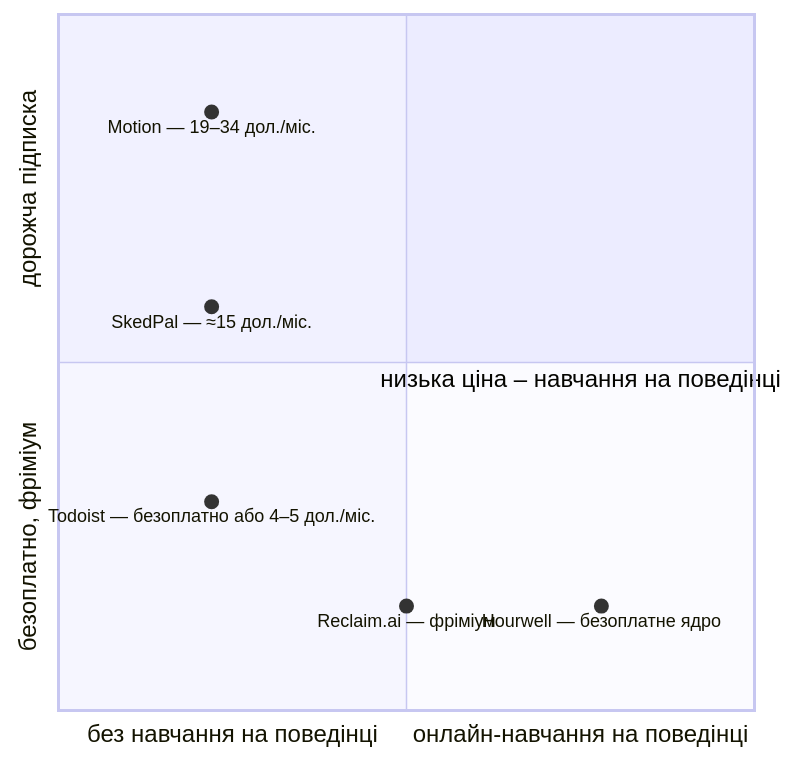
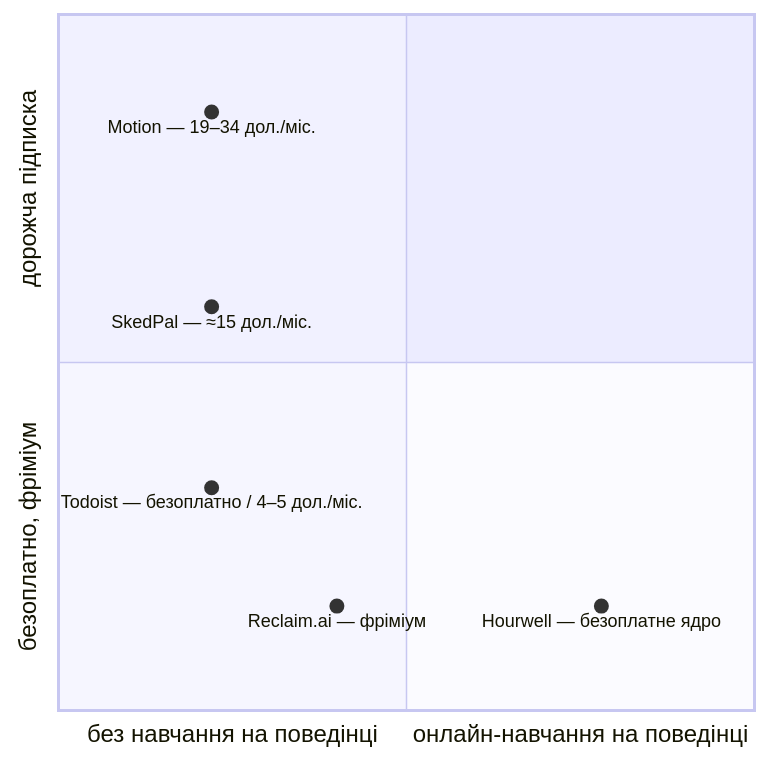
The diagram in docs/thesis/text/diagrams/1-1-positioning.mmd (IKala4I/magister_work), drawn with Mermaid before and after one commit.

Commit message:
fix(thesis): Рисунок 1.1 — Reclaim.ai off the quadrant line, prices verbatim, no quadrant label
The adversarial pass: Reclaim.ai sat on the divider, half inside the lower-right quadrant the text
calls unoccupied, while the text says of it «в основі лежить механізм правил … а не … навчання
уподобань» — it moves into the left half. Todoist's price is the table's «безоплатно / 4–5 дол./міс.»
(it read «або»), and it shares the x position of Motion and SkedPal as the source says. The quadrant
label went: the text's phrase has four attributes, the figure shows two axes. 10.0 pt.

Phase: post-P12

```diff
--- a/docs/thesis/text/diagrams/1-1-positioning.mmd
+++ b/docs/thesis/text/diagrams/1-1-positioning.mmd
@@ -1,19 +1,21 @@
 %% Рисунок 1.1 — Позиціювання Hourwell відносно наявних рішень у координатах
 %% «навчання на поведінці – вартість володіння».
 %% Джерело — лише таблиця 1.1: положення порядкові, не виміряні. Горизонталь — рядки «Навчання
 %% профілю енергії», «Навчання на пропусках і перенесеннях»: Motion, SkedPal, Todoist — «ні»
 %% (однакове положення), Reclaim.ai — «частково (лише перепланування)», Hourwell — «так».
+%% Reclaim.ai — у лівій половині: часткова реакція на перенесення — не навчання на поведінці
+%% (у тексті: «в основі лежить механізм правил»), тож на межу квадрантів її не поставлено.
+%% Підпису квадранта немає: фраза тексту має чотири ознаки, а рисунок показує лише дві осі.
 %% Вертикаль — рядок «Ціна для індивідуального користувача»; ціни в підписах точок — дослівно з
 %% таблиці. Sunsama, названа в плейсхолдері, в таблиці 1.1 не має ні ціни, ні оцінки навчання,
 %% тож її точка була б новим, не обґрунтованим у тексті твердженням — її немає.
 %% Три рішення з безоплатним рівнем (Hourwell, Reclaim.ai, Todoist) — одна ціна порядку «безоплатно»;
 %% Todoist трохи вище лише для того, щоб підписи не накладалися, — не як дорожчий.
 quadrantChart
     x-axis "без навчання на поведінці" --> "онлайн-навчання на поведінці"
     y-axis "безоплатно, фріміум" --> "дорожча підписка"
-    quadrant-4 "низька ціна – навчання на поведінці"
     Hourwell — безоплатне ядро: [0.78, 0.15]
-    Reclaim.ai — фріміум: [0.5, 0.15]
-    Todoist — безоплатно або 4–5 дол./міс.: [0.22, 0.3]
+    Reclaim.ai — фріміум: [0.4, 0.15]
+    Todoist — безоплатно / 4–5 дол./міс.: [0.22, 0.32]
     SkedPal — ≈15 дол./міс.: [0.22, 0.58]
     Motion — 19–34 дол./міс.: [0.22, 0.86]
```
